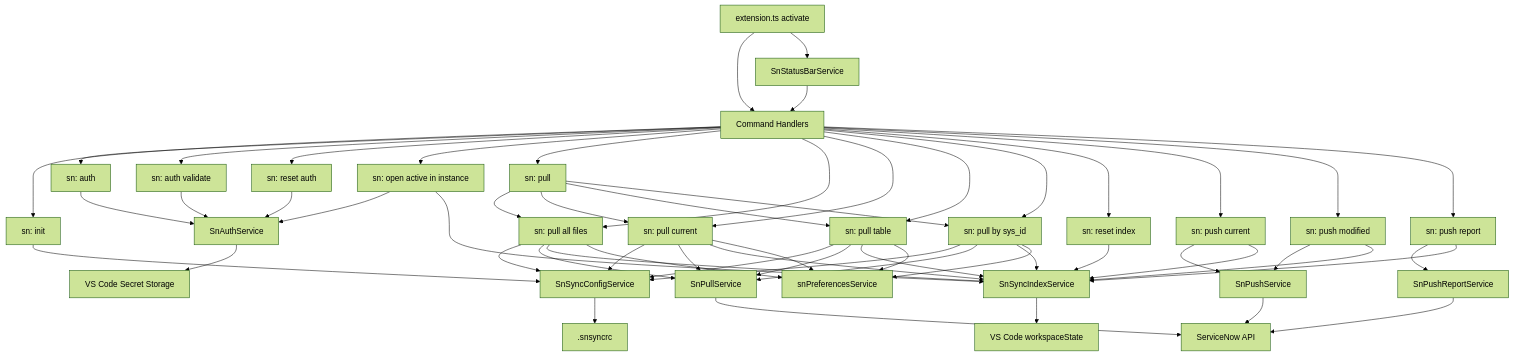
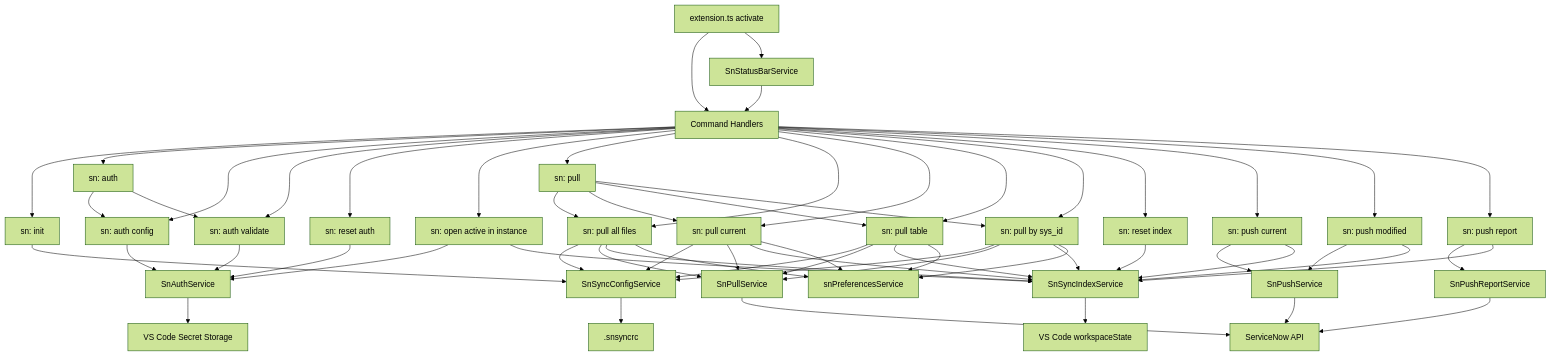
One commit to AlexAlvarez092/sn-sync changed the diagram in docs/architecture.md. Above: the diagram before and after it, drawn with Mermaid (forest theme). The commit also changed other lines of this file and 21 other files, not shown here.

First line of the commit message:
feat: implement sn: auth config command for ServiceNow authentication

````diff
--- a/docs/architecture.md
+++ b/docs/architecture.md
@@ -227,73 +229,76 @@
 ```mermaid
 flowchart TD
   EXT[extension.ts activate] --> CMD[Command Handlers]
 
   CMD --> INIT[sn: init]
   CMD --> AUTH[sn: auth]
+  CMD --> AUTHCFG[sn: auth config]
   CMD --> AUTHV[sn: auth validate]
   CMD --> AUTHR[sn: reset auth]
   CMD --> OPEN[sn: open active in instance]
   CMD --> PULLSEL[sn: pull]
   CMD --> PULL[sn: pull all files]
   CMD --> PULLCUR[sn: pull current]
   CMD --> PULLTBL[sn: pull table]
   CMD --> PULLID[sn: pull by sys_id]
   CMD --> RESET[sn: reset index]
   CMD --> PUSHA[sn: push current]
   CMD --> PUSHM[sn: push modified]
   CMD --> PUSHR[sn: push report]
   EXT --> SB[SnStatusBarService]
 
   INIT --> CFG[SnSyncConfigService]
-  AUTH --> AUTHS[SnAuthService]
+  AUTH --> AUTHCFG
+  AUTH --> AUTHV
+  AUTHCFG --> AUTHS[SnAuthService]
   AUTHV --> AUTHS
   AUTHR --> AUTHS
   OPEN --> AUTHS
   OPEN --> INDEX
 
   PULLSEL --> PULL
   PULLSEL --> PULLCUR
   PULLSEL --> PULLTBL
   PULLSEL --> PULLID
 
   PULL --> CFG
   PULL --> PULLS[SnPullService]
   PULL --> INDEX[SnSyncIndexService]
   PULL --> PREF[snPreferencesService]
 
   PULLCUR --> CFG
   PULLCUR --> PULLS
   PULLCUR --> INDEX
   PULLCUR --> PREF
 
   PULLTBL --> CFG
   PULLTBL --> PULLS
   PULLTBL --> INDEX
   PULLTBL --> PREF
 
   PULLID --> CFG
   PULLID --> PULLS
   PULLID --> INDEX
   PULLID --> PREF
 
   RESET --> INDEX
 
   PUSHA --> PUSHS[SnPushService]
   PUSHA --> INDEX
 
   PUSHM --> PUSHS
   PUSHM --> INDEX
 
   PUSHR --> REP[SnPushReportService]
   PUSHR --> INDEX
 
   SB --> CMD
 
   PULLS --> SN[ServiceNow API]
   PUSHS --> SN
   REP --> SN
 
   INDEX --> WS[VS Code workspaceState]
   AUTHS --> SEC[VS Code Secret Storage]
   CFG --> RC[.snsyncrc]
 ```
````
